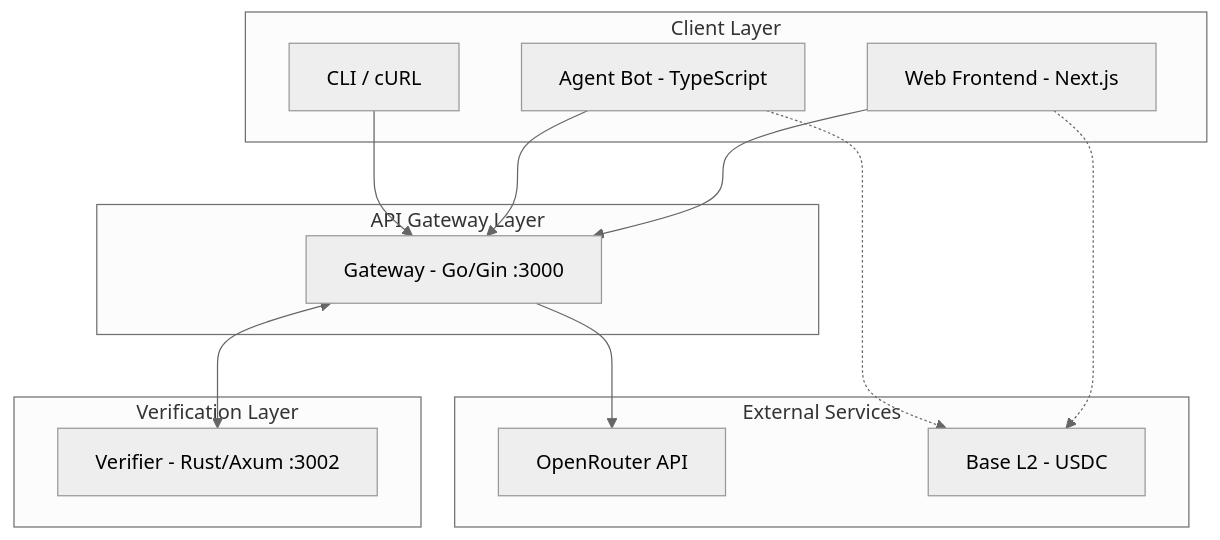
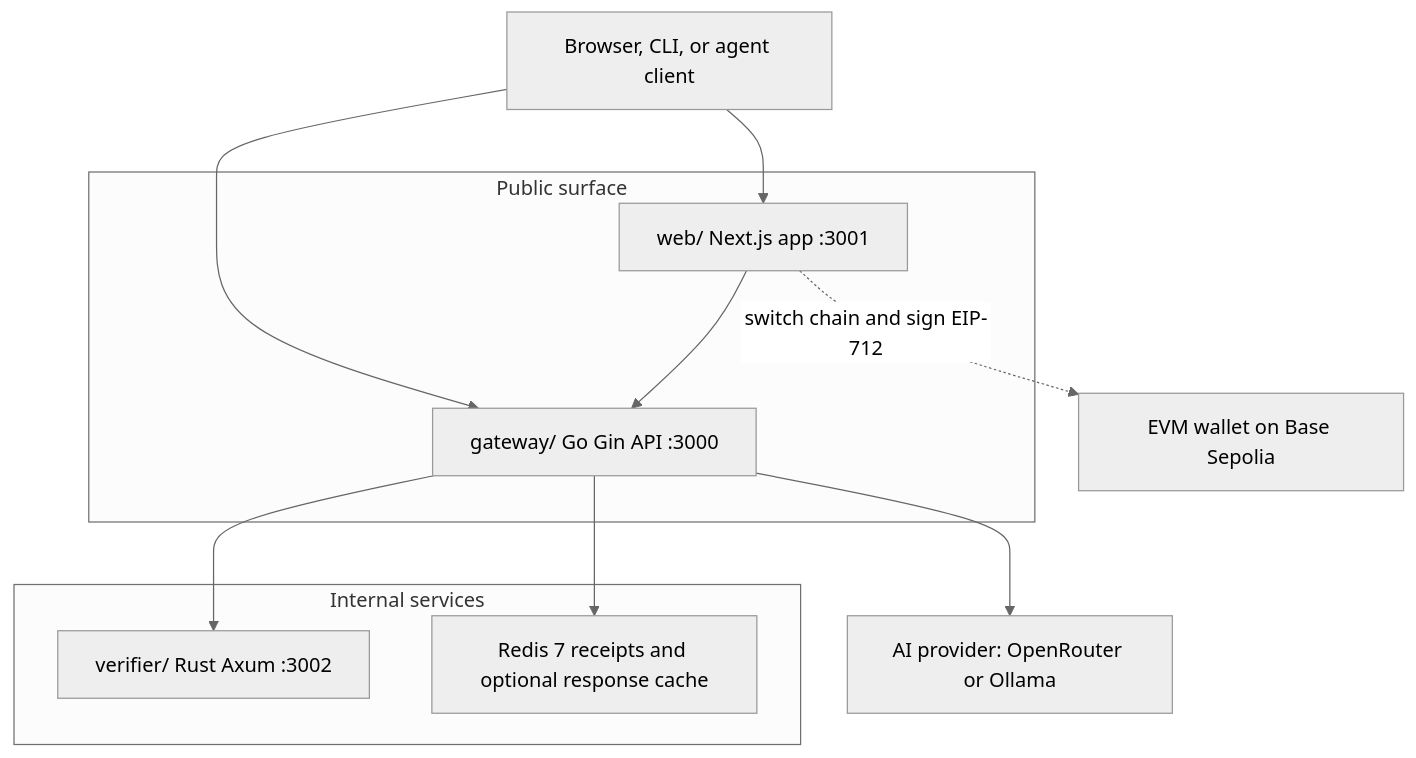
The first of 3 diagrams in README.md (karuna-1/MicroAI-Paygate), drawn with Mermaid (neutral theme) before and after one commit. The commit also changed other lines of this file and 18 other files, not shown here.

````diff
--- a/README.md
+++ b/README.md
@@ -66,31 +48,28 @@
 ```mermaid
 flowchart TB
-    subgraph Clients[Client Layer]
-        WEB[Web Frontend - Next.js]
-        AGENT[Agent Bot - TypeScript]
-        CLI[CLI / cURL]
+    Client["Browser, CLI, or agent client"]
+    Web["web/ Next.js app :3001"]
+    Gateway["gateway/ Go Gin API :3000"]
+    Verifier["verifier/ Rust Axum :3002"]
+    Redis["Redis 7 receipts and optional response cache"]
+    AI["AI provider: OpenRouter or Ollama"]
+    Wallet["EVM wallet on Base Sepolia"]
+
+    Client --> Web
+    Client --> Gateway
+    Web --> Gateway
+    Web -. "switch chain and sign EIP-712" .-> Wallet
+    Gateway --> Verifier
+    Gateway --> AI
+    Gateway --> Redis
+
+    subgraph Public["Public surface"]
+      Web
+      Gateway
     end
 
-    subgraph Gateway[API Gateway Layer]
-        GW[Gateway - Go/Gin :3000]
+    subgraph Internal["Internal services"]
+      Verifier
+      Redis
     end
-
-    subgraph Verification[Verification Layer]
-        VER[Verifier - Rust/Axum :3002]
-    end
-
-    subgraph External[External Services]
-        AI[OpenRouter API]
-        CHAIN[Base L2 - USDC]
-    end
-
-    WEB --> GW
-    AGENT --> GW
-    CLI --> GW
-    
-    GW <--> VER
-    GW --> AI
-    
-    WEB -.-> CHAIN
-    AGENT -.-> CHAIN
 ```
````
